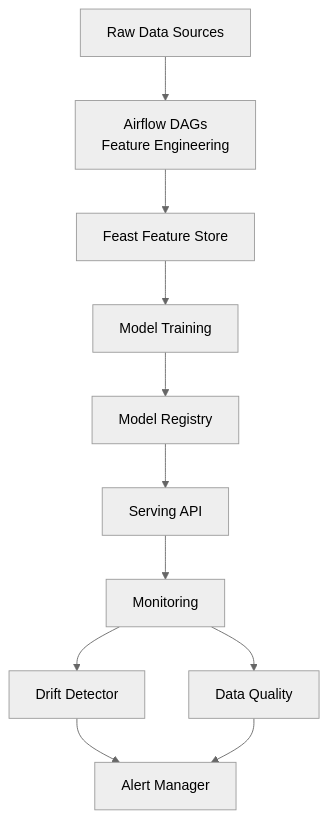
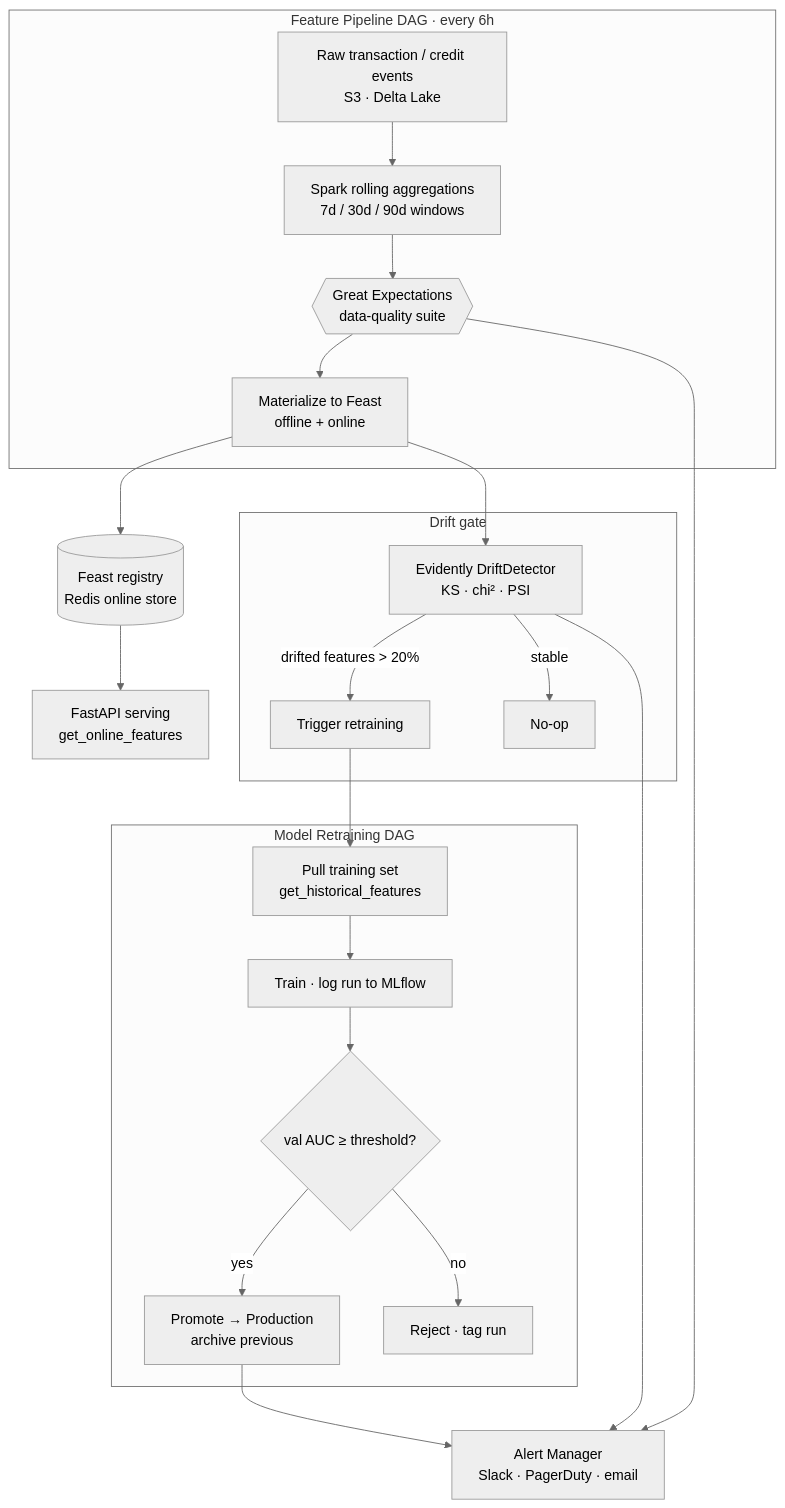
Before and after one commit to shaikn6/mlops-feature-platform: the diagram in README.md, drawn with Mermaid (neutral theme). The commit also changed other lines of this file, not shown here.

Commit message:
docs: add architecture diagram and depth to README

````diff
--- a/README.md
+++ b/README.md
@@ -17,12 +19,29 @@
 ```mermaid
-graph TD
-    A[Raw Data Sources] --> B[Airflow DAGs<br/>Feature Engineering]
-    B --> C[Feast Feature Store]
-    C --> D[Model Training]
-    D --> E[Model Registry]
-    E --> F[Serving API]
-    F --> G[Monitoring]
-    G --> H[Drift Detector]
-    G --> I[Data Quality]
-    H & I --> J[Alert Manager]
+flowchart TD
+    subgraph ingest["Feature Pipeline DAG · every 6h"]
+        A[Raw transaction / credit events<br/>S3 · Delta Lake] --> B[Spark rolling aggregations<br/>7d / 30d / 90d windows]
+        B --> Q{{Great Expectations<br/>data-quality suite}}
+        Q --> M[Materialize to Feast<br/>offline + online]
+    end
+
+    M --> R[(Feast registry<br/>Redis online store)]
+
+    subgraph monitor["Drift gate"]
+        M --> D[Evidently DriftDetector<br/>KS · chi² · PSI]
+        D -->|drifted features > 20%| TR[Trigger retraining]
+        D -->|stable| NR[No-op]
+    end
+
+    subgraph retrain["Model Retraining DAG"]
+        TR --> P[Pull training set<br/>get_historical_features]
+        P --> T[Train · log run to MLflow]
+        T --> E{val AUC ≥ threshold?}
+        E -->|yes| PR[Promote → Production<br/>archive previous]
+        E -->|no| RJ[Reject · tag run]
+    end
+
+    R --> SV[FastAPI serving<br/>get_online_features]
+    D --> AL[Alert Manager<br/>Slack · PagerDuty · email]
+    Q --> AL
+    PR --> AL
 ```
````
